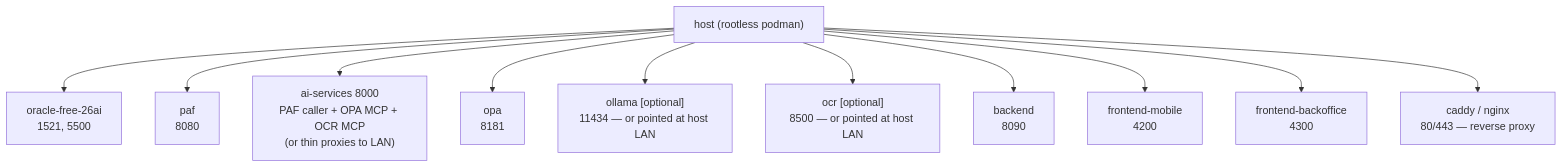
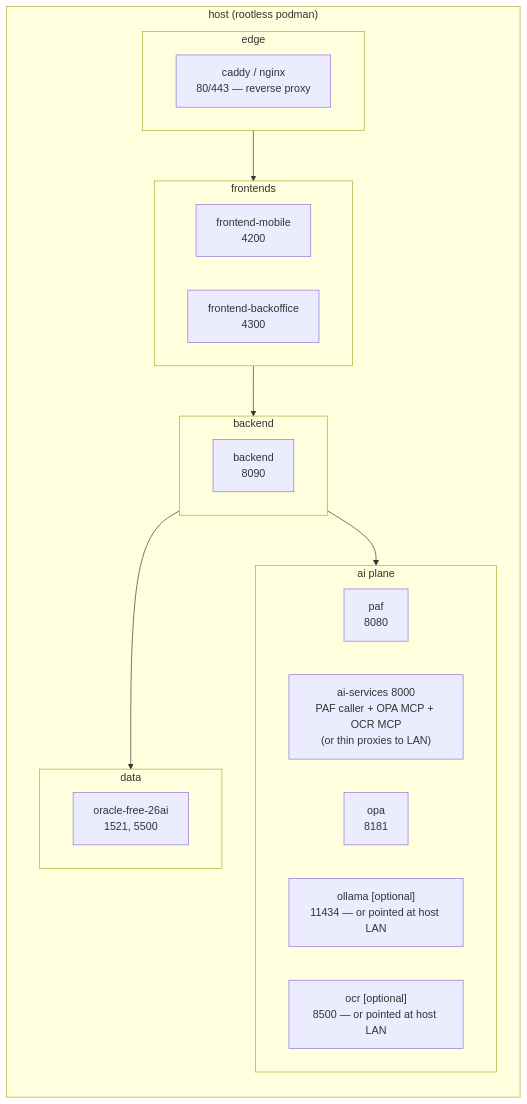
The first of 2 diagrams in docs/DEPLOYMENT.md (vmleon/oracle-database-private-agent-factory-poc), drawn with Mermaid before and after one commit. The commit also changed 1 other file, not shown here.

Commit message:
docs: tighten mermaid layouts in deployment and design diagrams

````diff
--- a/docs/DEPLOYMENT.md
+++ b/docs/DEPLOYMENT.md
@@ -56,14 +56,30 @@
 ```mermaid
 flowchart TB
-    host["host (rootless podman)"]
-    host --> oracle["oracle-free-26ai<br/>1521, 5500"]
-    host --> paf["paf<br/>8080"]
-    host --> ai["ai-services 8000<br/>PAF caller + OPA MCP + OCR MCP<br/>(or thin proxies to LAN)"]
-    host --> opa["opa<br/>8181"]
-    host --> ollama["ollama [optional]<br/>11434 — or pointed at host LAN"]
-    host --> ocr["ocr [optional]<br/>8500 — or pointed at host LAN"]
-    host --> backend["backend<br/>8090"]
-    host --> mobile["frontend-mobile<br/>4200"]
-    host --> backoffice["frontend-backoffice<br/>4300"]
-    host --> proxy["caddy / nginx<br/>80/443 — reverse proxy"]
+    subgraph host["host (rootless podman)"]
+        direction TB
+        subgraph edge["edge"]
+            proxy["caddy / nginx<br/>80/443 — reverse proxy"]
+        end
+        subgraph frontends["frontends"]
+            mobile["frontend-mobile<br/>4200"]
+            backoffice["frontend-backoffice<br/>4300"]
+        end
+        subgraph backendgrp["backend"]
+            backend["backend<br/>8090"]
+        end
+        subgraph aiplane["ai plane"]
+            paf["paf<br/>8080"]
+            ai["ai-services 8000<br/>PAF caller + OPA MCP + OCR MCP<br/>(or thin proxies to LAN)"]
+            opa["opa<br/>8181"]
+            ollama["ollama [optional]<br/>11434 — or pointed at host LAN"]
+            ocr["ocr [optional]<br/>8500 — or pointed at host LAN"]
+        end
+        subgraph data["data"]
+            oracle["oracle-free-26ai<br/>1521, 5500"]
+        end
+        edge --> frontends
+        frontends --> backendgrp
+        backendgrp --> aiplane
+        backendgrp --> data
+    end
 ```
````
